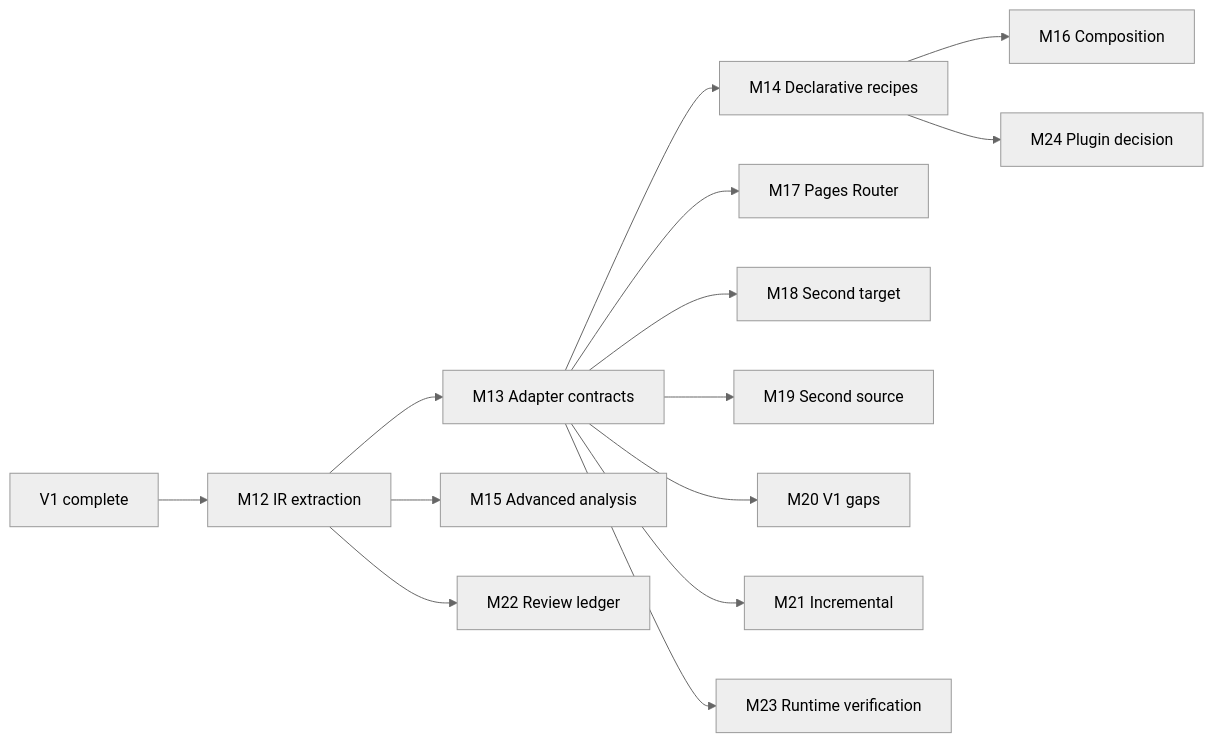
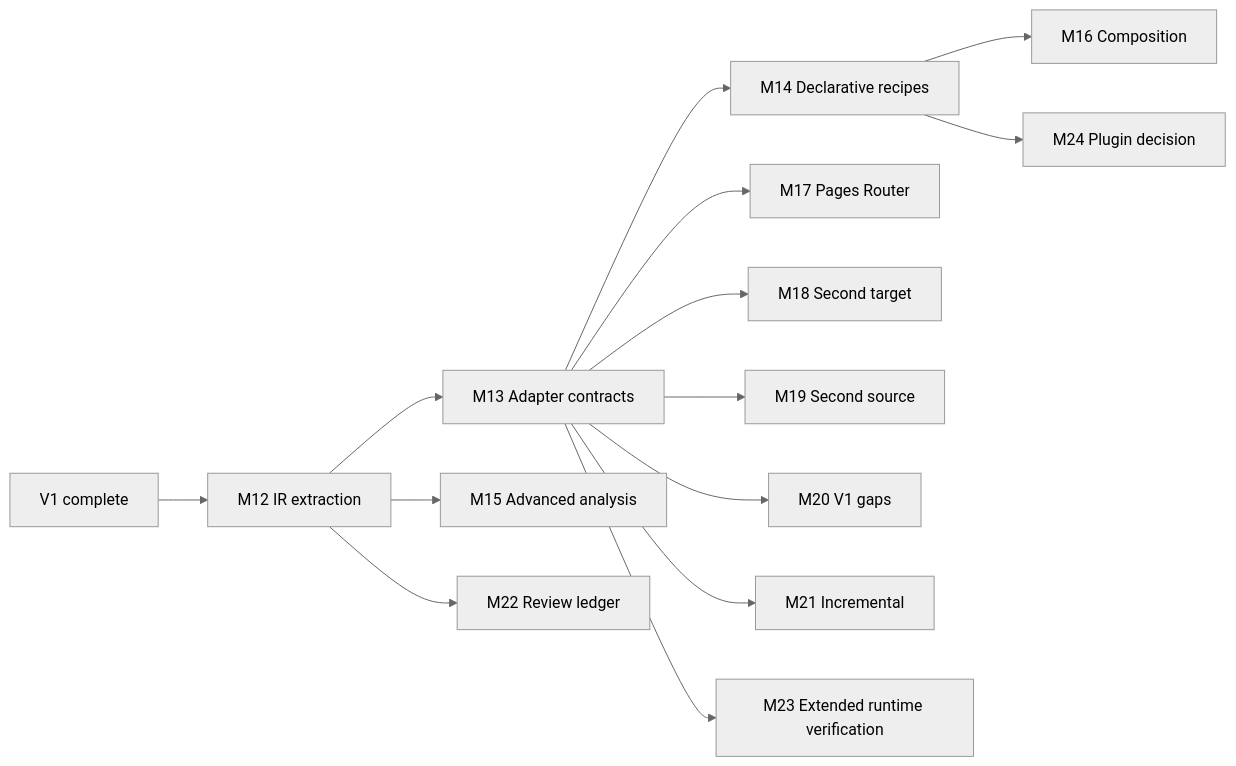
Before and after one commit to eiserv/frameshift: the second of 2 diagrams in docs/ROADMAP.md, drawn with Mermaid (neutral theme). The commit also changed other lines of this file and 9 other files, not shown here.

Commit message:
docs(architecture): require forward design and V1 runtime verification (#3)

````diff
--- a/docs/ROADMAP.md
+++ b/docs/ROADMAP.md
@@ -198,16 +198,16 @@
 ```mermaid
 flowchart LR
   V1[V1 complete] --> M12[M12 IR extraction]
   M12 --> M13[M13 Adapter contracts]
   M12 --> M15[M15 Advanced analysis]
   M12 --> M22[M22 Review ledger]
   M13 --> M14[M14 Declarative recipes]
   M13 --> M17[M17 Pages Router]
   M13 --> M18[M18 Second target]
   M13 --> M19[M19 Second source]
   M13 --> M20[M20 V1 gaps]
   M13 --> M21[M21 Incremental]
-  M13 --> M23[M23 Runtime verification]
+  M13 --> M23[M23 Extended runtime verification]
   M14 --> M16[M16 Composition]
   M14 --> M24[M24 Plugin decision]
 ```
````
